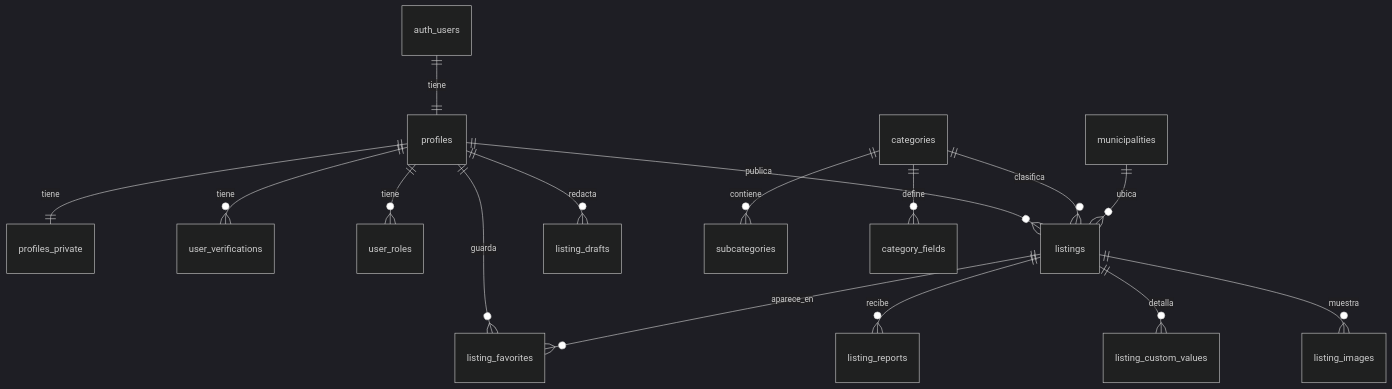
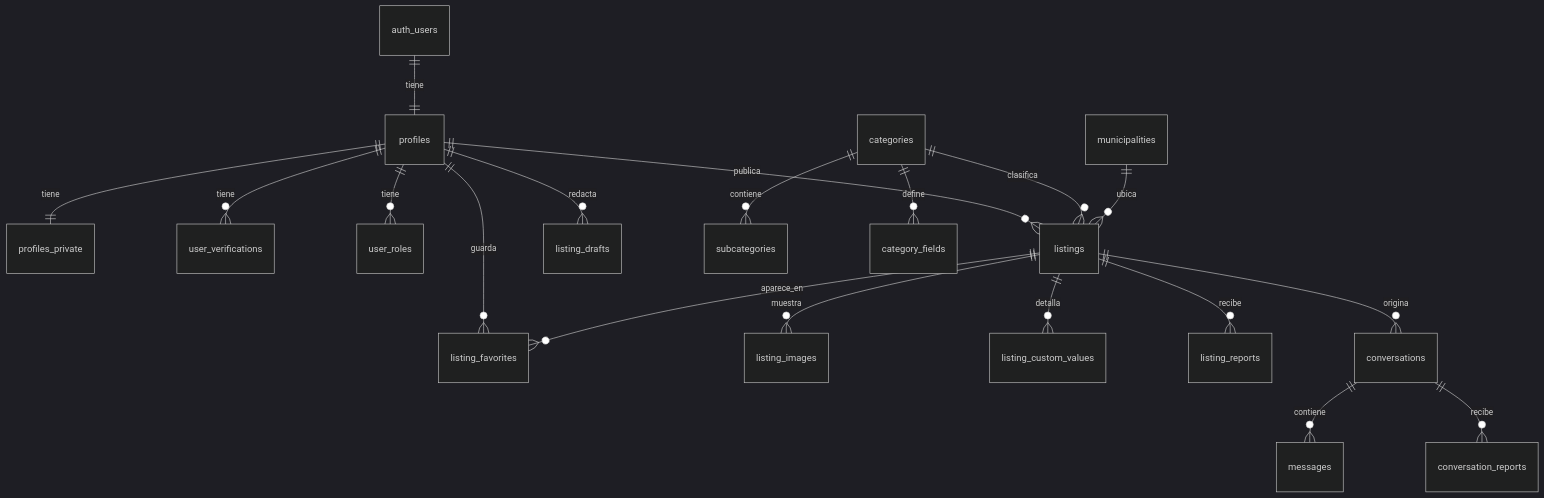
One commit to EasyBro92/ayudacerca changed the diagram in docs/DATABASE.md. Above: the diagram before and after it, drawn with Mermaid (dark theme). The commit also changed other lines of this file and 37 other files, not shown here.

````diff
--- a/docs/DATABASE.md
+++ b/docs/DATABASE.md
@@ -56,18 +63,21 @@
 ```mermaid
 erDiagram
   auth_users ||--|| profiles : tiene
   profiles ||--|| profiles_private : tiene
   profiles ||--o{ user_verifications : tiene
   profiles ||--o{ user_roles : tiene
   profiles ||--o{ listings : publica
   profiles ||--o{ listing_drafts : redacta
   profiles ||--o{ listing_favorites : guarda
   categories ||--o{ subcategories : contiene
   categories ||--o{ category_fields : define
   categories ||--o{ listings : clasifica
   municipalities ||--o{ listings : ubica
   listings ||--o{ listing_images : muestra
   listings ||--o{ listing_custom_values : detalla
   listings ||--o{ listing_reports : recibe
   listings ||--o{ listing_favorites : aparece_en
+  listings ||--o{ conversations : origina
+  conversations ||--o{ messages : contiene
+  conversations ||--o{ conversation_reports : recibe
 ```
````
